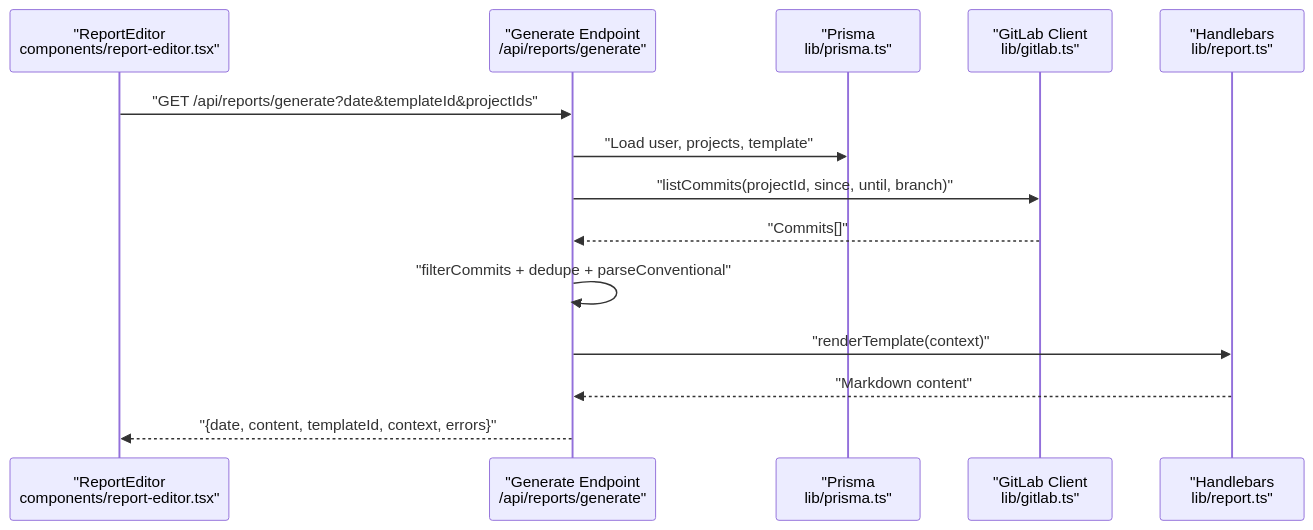
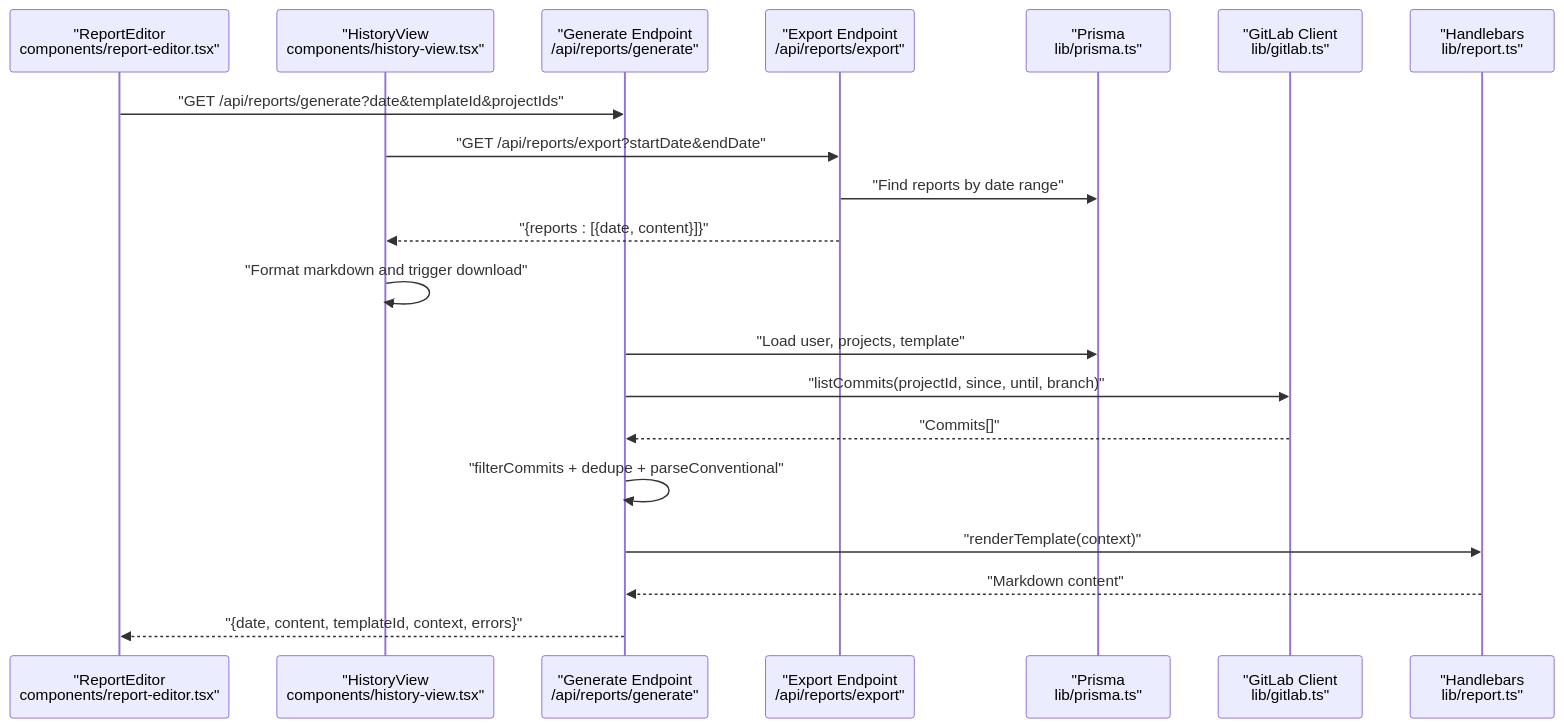
One commit to jrj444/git-daily changed the second of 10 diagrams in .qoder/repowiki/en/content/Report Generation System/Report Generation System.md. Above: the diagram before and after it, drawn with Mermaid. The commit also changed other lines of this file and 3 other files, not shown here.

````diff
--- a/.qoder/repowiki/en/content/Report Generation System/Report Generation System.md
+++ b/.qoder/repowiki/en/content/Report Generation System/Report Generation System.md
@@ -131,16 +155,22 @@
 ```mermaid
 sequenceDiagram
 participant Client as "ReportEditor<br/>components/report-editor.tsx"
-participant API as "Generate Endpoint<br/>/api/reports/generate"
+participant History as "HistoryView<br/>components/history-view.tsx"
+participant Gen as "Generate Endpoint<br/>/api/reports/generate"
+participant Export as "Export Endpoint<br/>/api/reports/export"
 participant DB as "Prisma<br/>lib/prisma.ts"
 participant GL as "GitLab Client<br/>lib/gitlab.ts"
 participant TPL as "Handlebars<br/>lib/report.ts"
-Client->>API : "GET /api/reports/generate?date&templateId&projectIds"
-API->>DB : "Load user, projects, template"
-API->>GL : "listCommits(projectId, since, until, branch)"
-GL-->>API : "Commits[]"
-API->>API : "filterCommits + dedupe + parseConventional"
-API->>TPL : "renderTemplate(context)"
-TPL-->>API : "Markdown content"
-API-->>Client : "{date, content, templateId, context, errors}"
+Client->>Gen : "GET /api/reports/generate?date&templateId&projectIds"
+History->>Export : "GET /api/reports/export?startDate&endDate"
+Export->>DB : "Find reports by date range"
+Export-->>History : "{reports : [{date, content}]}"
+History->>History : "Format markdown and trigger download"
+Gen->>DB : "Load user, projects, template"
+Gen->>GL : "listCommits(projectId, since, until, branch)"
+GL-->>Gen : "Commits[]"
+Gen->>Gen : "filterCommits + dedupe + parseConventional"
+Gen->>TPL : "renderTemplate(context)"
+TPL-->>Gen : "Markdown content"
+Gen-->>Client : "{date, content, templateId, context, errors}"
 ```
````
